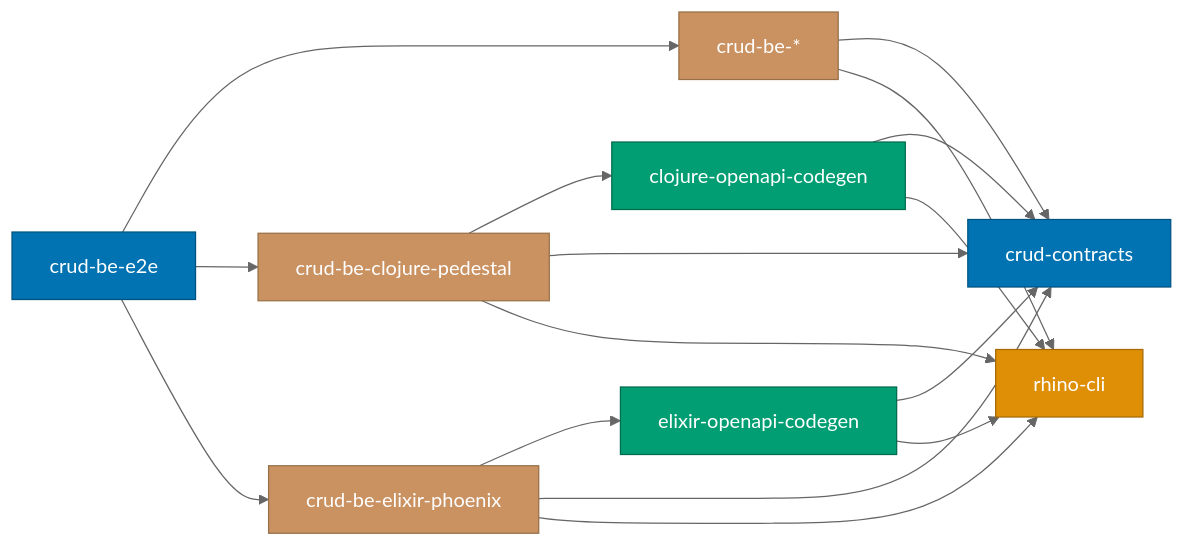
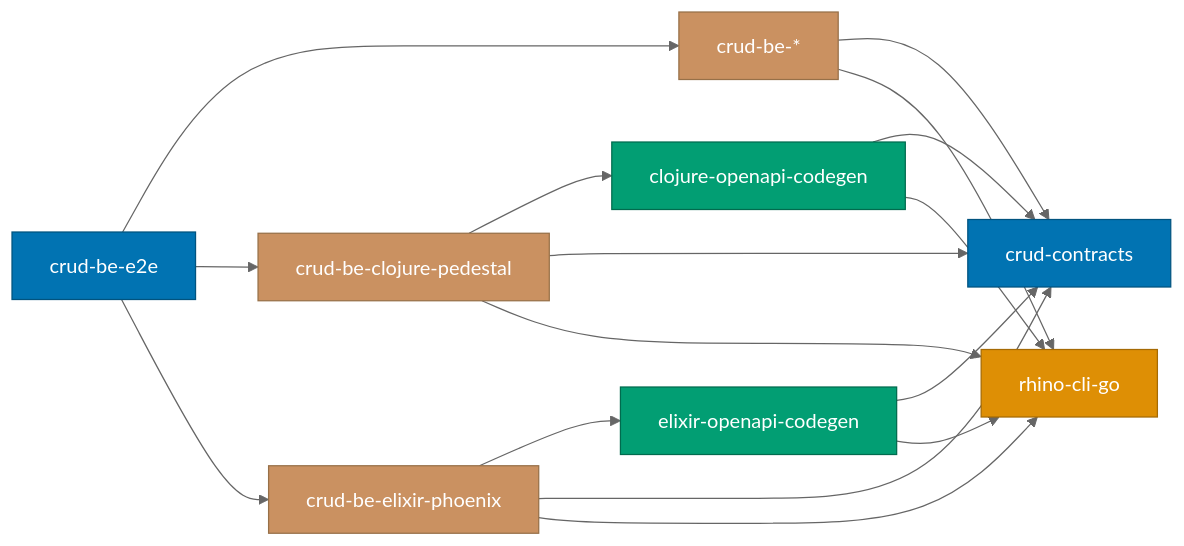
The second of 3 diagrams in docs/reference/project-dependency-graph.md (wahidyankf/ose-primer), drawn with Mermaid (neutral theme) before and after one commit. The commit also changed other lines of this file and 27 other files, not shown here.

````diff
--- a/docs/reference/project-dependency-graph.md
+++ b/docs/reference/project-dependency-graph.md
@@ -82,33 +82,33 @@
 ```mermaid
 graph LR
   BEE2E[crud-be-e2e]:::e2e
   BE[crud-be-*]:::backend
   CLOJURE[crud-be-clojure-pedestal]:::backend
   COC[clojure-openapi-codegen]:::lib
   ELIXIR[crud-be-elixir-phoenix]:::backend
   EOC[elixir-openapi-codegen]:::lib
-  RC[rhino-cli]:::cli
+  RC[rhino-cli-go]:::cli
   DC[crud-contracts]:::spec
 
   BEE2E --> BE
   BEE2E --> CLOJURE
   BEE2E --> ELIXIR
   BE --> DC
   BE --> RC
   CLOJURE --> COC
   CLOJURE --> DC
   CLOJURE --> RC
   ELIXIR --> EOC
   ELIXIR --> DC
   ELIXIR --> RC
   COC --> DC
   COC --> RC
   EOC --> DC
   EOC --> RC
 
   classDef spec fill:#0173B2,stroke:#01537F,color:#FFFFFF
   classDef lib fill:#029E73,stroke:#016B4E,color:#FFFFFF
   classDef cli fill:#DE8F05,stroke:#A56A04,color:#FFFFFF
   classDef backend fill:#CA9161,stroke:#977048,color:#FFFFFF
   classDef e2e fill:#0173B2,stroke:#01537F,color:#FFFFFF
 ```
````
